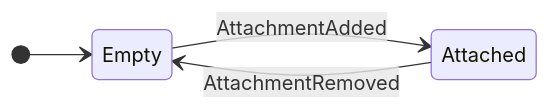
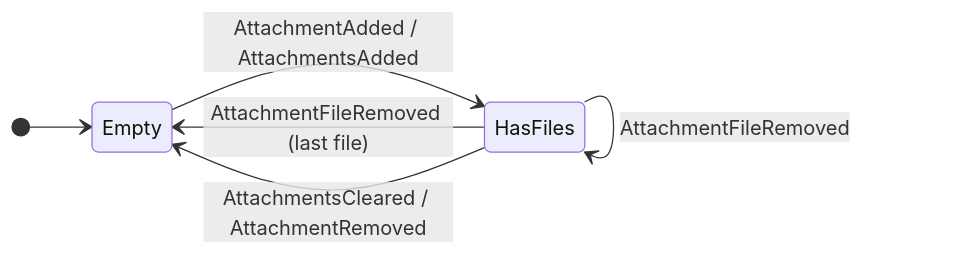
One commit to ut-issl/procnote changed the fifth of 6 diagrams in docs/concepts/executions-and-events.md. Above: the diagram before and after it, drawn with Mermaid. The commit also changed other lines of this file and 20 other files, not shown here.

````diff
--- a/docs/concepts/executions-and-events.md
+++ b/docs/concepts/executions-and-events.md
@@ -174,8 +176,11 @@
 ```mermaid
 stateDiagram-v2
     direction LR
 
     [*] --> Empty
-    Empty --> Attached: AttachmentAdded
-    Attached --> Empty: AttachmentRemoved
+    Empty --> HasFiles: AttachmentAdded / AttachmentsAdded
+    HasFiles --> HasFiles: AttachmentAdded / AttachmentsAdded
+    HasFiles --> HasFiles: AttachmentFileRemoved
+    HasFiles --> Empty: AttachmentFileRemoved (last file)
+    HasFiles --> Empty: AttachmentsCleared / AttachmentRemoved
 ```
````
